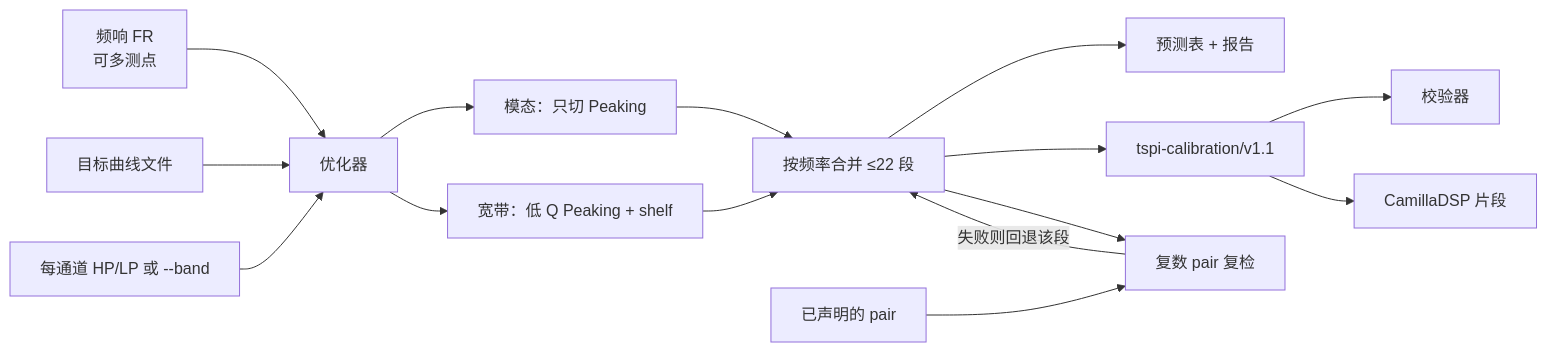
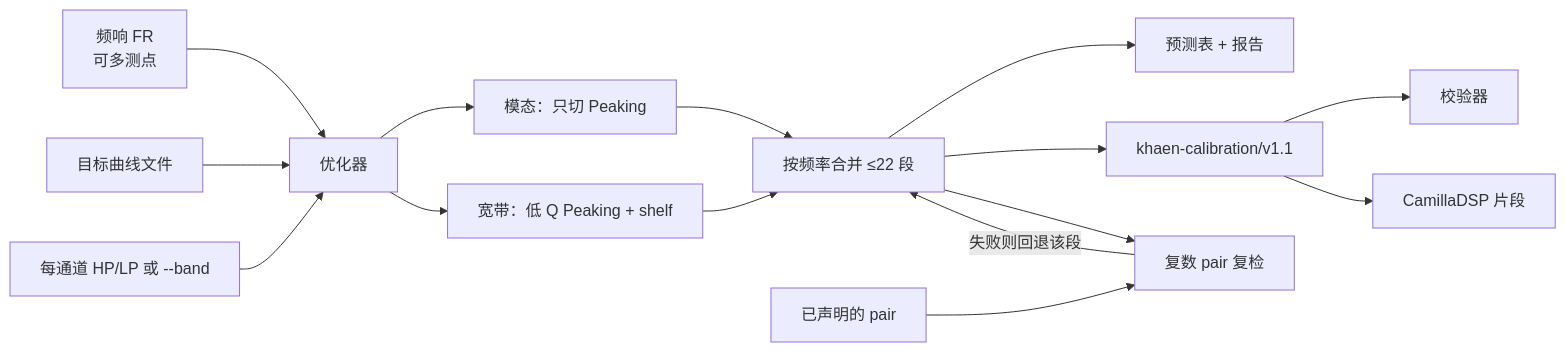
The diagram in specs/peq-optimizer/design.md (ModerRAS/khaen), drawn with Mermaid before and after one commit. The commit also changed other lines of this file and 407 other files, not shown here.

````diff
--- a/specs/peq-optimizer/design.md
+++ b/specs/peq-optimizer/design.md
@@ -11,17 +11,17 @@
 ```mermaid
 flowchart LR
   fr["频响 FR<br/>可多测点"] --> opt["优化器"]
   tgt["目标曲线文件"] --> opt
   band["每通道 HP/LP 或 --band"] --> opt
   opt --> modal["模态：只切 Peaking"]
   opt --> wide["宽带：低 Q Peaking + shelf"]
   modal --> merge["按频率合并 ≤22 段"]
   wide --> merge
   merge --> pred["预测表 + 报告"]
-  merge --> yaml["tspi-calibration/v1.1"]
+  merge --> yaml["khaen-calibration/v1.1"]
   yaml --> val["校验器"]
   yaml --> frag["CamillaDSP 片段"]
   pairs["已声明的 pair"] --> chk["复数 pair 复检"]
   merge --> chk
   chk -->|"失败则回退该段"| merge
 ```
````
